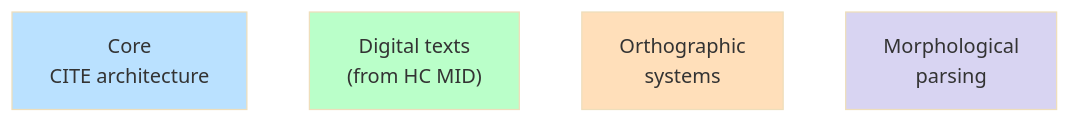
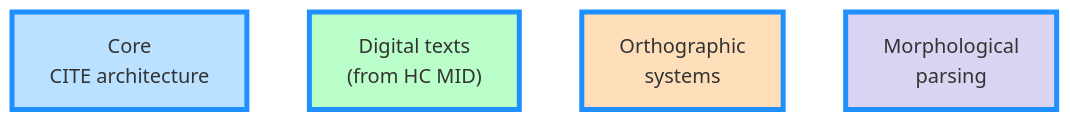
The second of 3 diagrams in digschol/pkg_graph/index.qmd (neelsmith/quart-home), drawn with Mermaid (base theme) before and after one commit. The commit also changed 3 other files, not shown here.

Commit message:
Develop pkg graph

````diff
--- a/digschol/pkg_graph/index.qmd
+++ b/digschol/pkg_graph/index.qmd
@@ -115,22 +115,26 @@
 ```{mermaid}
 graph TD;
     cite["Core\nCITE architecture"]
     mid["Digital texts\n(from HC MID)"]
     ortho["Orthographic\nsystems"]
     morph["Morphological\nparsing"]
 
  
 
-    classDef citeclass fill:#bae1ff
+    classDef citeclass fill:#bae1ff,stroke-width:4,stroke:#1E90FF
     class cite citeclass
+    click cite "https://neelsmith.quarto.pub/cite/" "CITE core"
 
-    classDef midclass fill:#baffc9
+    classDef midclass fill:#baffc9,stroke-width:4,stroke:#1E90FF
     class mid midclass
+    click mid "https://neelsmith.quarto.pub/digitexts/" "MID abstractions for digital text study"
 
-    classDef orthclass fill:#ffdfba
+    classDef orthclass fill:#ffdfba,stroke-width:4,stroke:#1E90FF
     class ortho orthclass
+    click ortho "https://neelsmith.quarto.pub/digitexts/orthography/" "Orthographic systems"
 
-    classDef morphclass fill:#d8d4f2
+    classDef morphclass fill:#d8d4f2,stroke-width:4,stroke:#1E90FF
     class morph morphclass
+    click morph "https://neelsmith.quarto.pub/digitexts/parsing/" "Morphological parsing"
 
 ```
````
